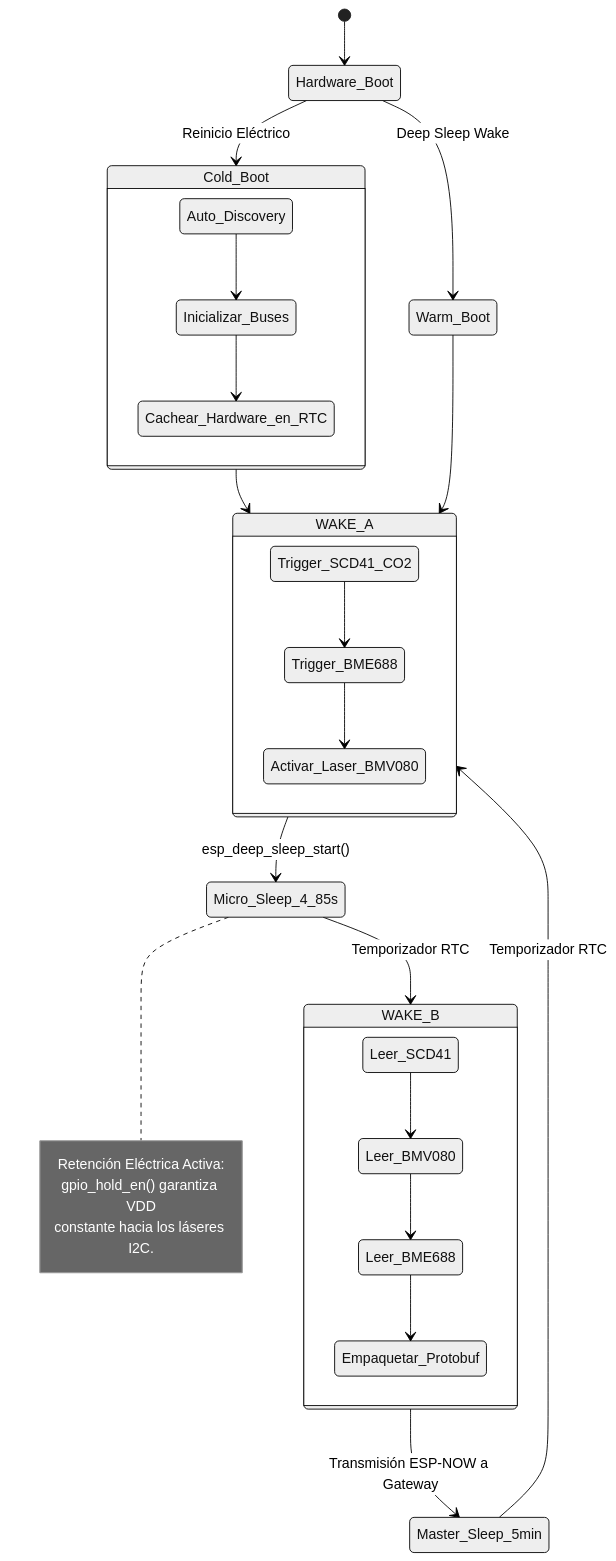
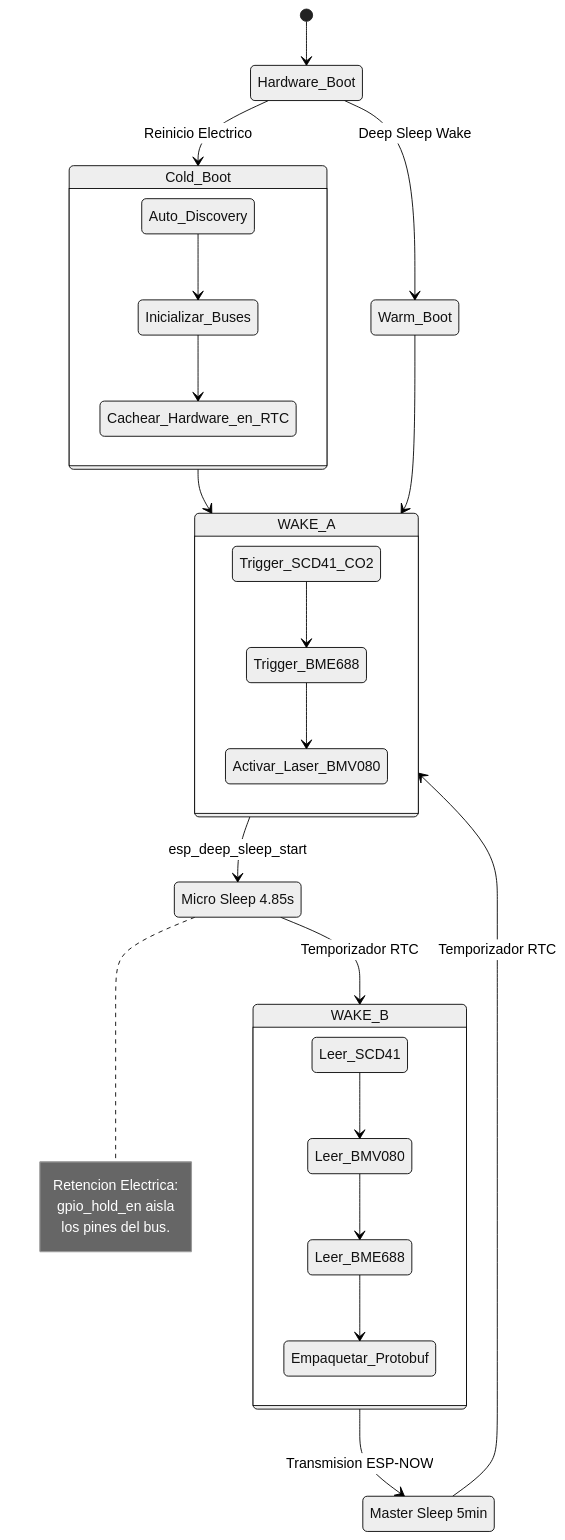
One commit to oscar-bio-dev/room-monitoring changed the diagram in README.md. Above: the diagram before and after it, drawn with Mermaid (neutral theme).

Commit message:
fix: resolve mermaid diagram syntax parsing errors

````diff
--- a/README.md
+++ b/README.md
@@ -23,40 +23,42 @@
 ```mermaid
 stateDiagram-v2
     direction TB
     [*] --> Hardware_Boot
 
-    Hardware_Boot --> Cold_Boot: Reinicio Eléctrico
+    Hardware_Boot --> Cold_Boot: Reinicio Electrico
     Hardware_Boot --> Warm_Boot: Deep Sleep Wake
 
     state Cold_Boot {
         Auto_Discovery --> Inicializar_Buses
         Inicializar_Buses --> Cachear_Hardware_en_RTC
     }
 
     Cold_Boot --> WAKE_A
     Warm_Boot --> WAKE_A
 
     state WAKE_A {
         Trigger_SCD41_CO2 --> Trigger_BME688
         Trigger_BME688 --> Activar_Laser_BMV080
     }
 
-    WAKE_A --> Micro_Sleep_4_85s: esp_deep_sleep_start()
+    state "Micro Sleep 4.85s" as Micro_Sleep
+    WAKE_A --> Micro_Sleep: esp_deep_sleep_start
 
-    note right of Micro_Sleep_4_85s
-        Retención Eléctrica Activa:
-        gpio_hold_en() garantiza VDD
-        constante hacia los láseres I2C.
+    note right of Micro_Sleep
+        Retencion Electrica:
+        gpio_hold_en aisla
+        los pines del bus.
     end note
 
-    Micro_Sleep_4_85s --> WAKE_B: Temporizador RTC
+    Micro_Sleep --> WAKE_B: Temporizador RTC
 
     state WAKE_B {
         Leer_SCD41 --> Leer_BMV080
         Leer_BMV080 --> Leer_BME688
         Leer_BME688 --> Empaquetar_Protobuf
     }
 
-    WAKE_B --> Master_Sleep_5min: Transmisión ESP-NOW a Gateway
-    Master_Sleep_5min --> WAKE_A: Temporizador RTC
+    state "Master Sleep 5min" as Master_Sleep
+    WAKE_B --> Master_Sleep: Transmision ESP-NOW
+    Master_Sleep --> WAKE_A: Temporizador RTC
 ```
````
